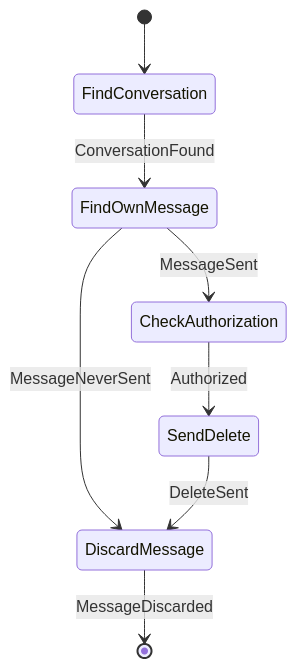
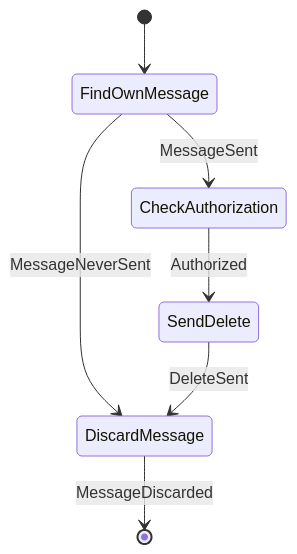
One commit to cbgm/Sparrow changed the second of 27 diagrams in docs/architecture/workflows/message.md. Above: the diagram before and after it, drawn with Mermaid. The commit also changed other lines of this file and 193 other files, not shown here.

````diff
--- a/docs/architecture/workflows/message.md
+++ b/docs/architecture/workflows/message.md
@@ -47,10 +83,9 @@
 ```mermaid
 stateDiagram-v2
-    [*] --> FindConversation
-    FindConversation --> FindOwnMessage : ConversationFound
+    [*] --> FindOwnMessage
     FindOwnMessage --> DiscardMessage : MessageNeverSent
     FindOwnMessage --> CheckAuthorization : MessageSent
     CheckAuthorization --> SendDelete : Authorized
     SendDelete --> DiscardMessage : DeleteSent
     DiscardMessage --> [*] : MessageDiscarded
 ```
````
